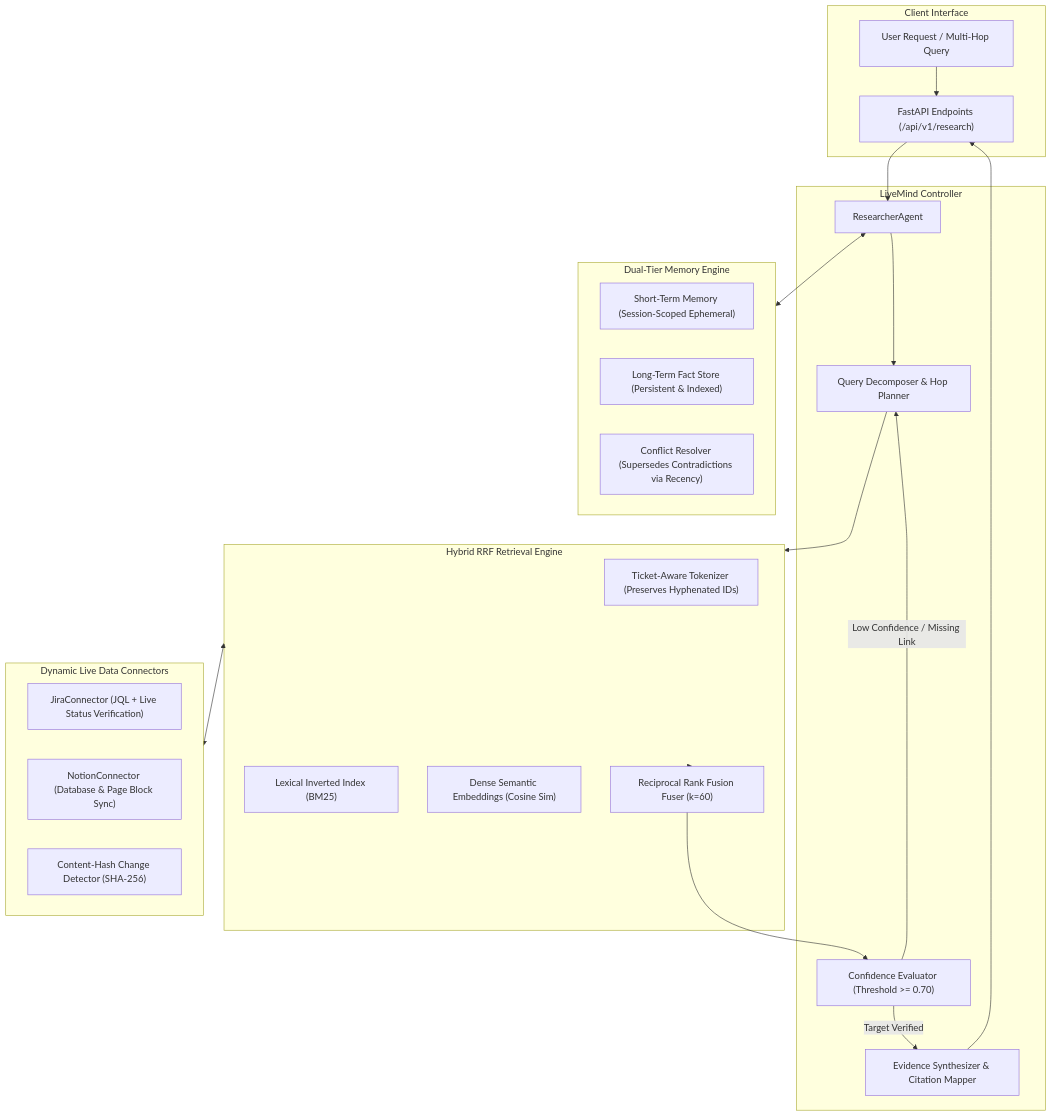
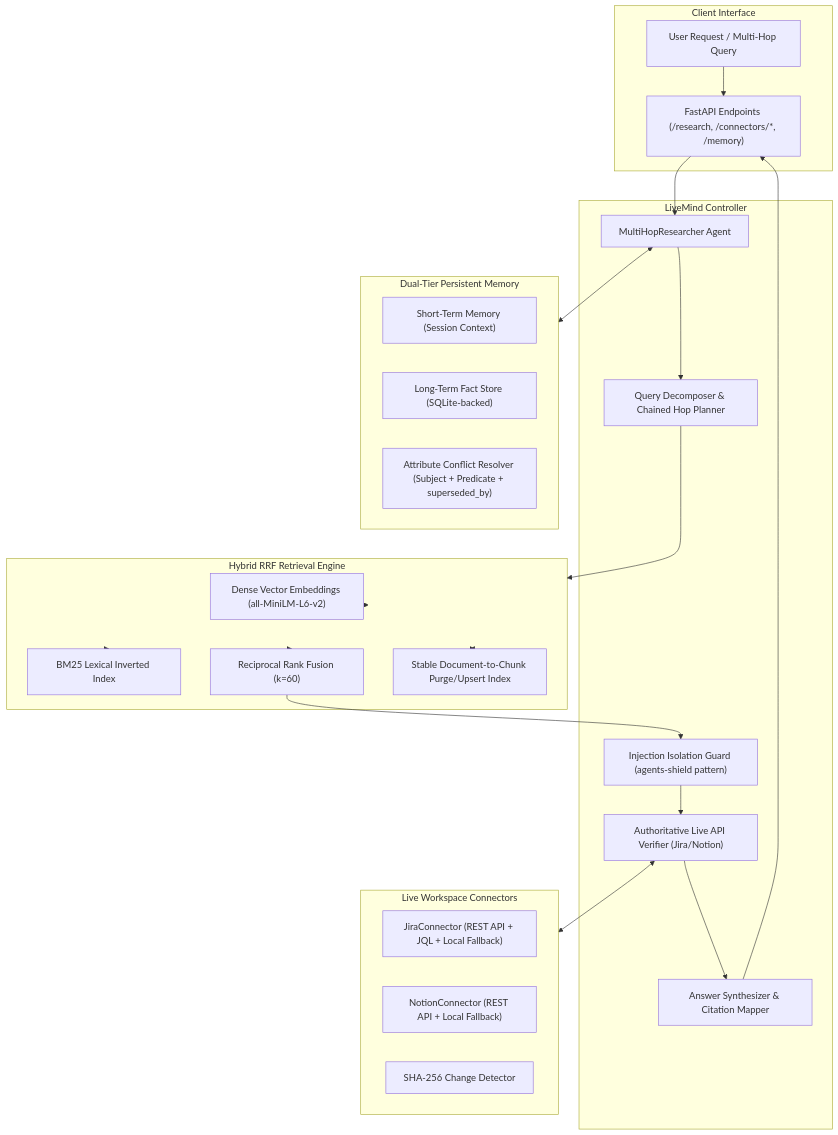
The diagram in README.md (PrathameshTawar/live-mind-), drawn with Mermaid before and after one commit. The commit also changed other lines of this file and 19 other files, not shown here.

Commit message:
fix: resolve stale data, memory conflict resolution, dense embeddings, and evaluation suite

````diff
--- a/README.md
+++ b/README.md
@@ -33,45 +35,49 @@
 ```mermaid
 flowchart TD
     subgraph Client["Client Interface"]
         REQ["User Request / Multi-Hop Query"]
-        API["FastAPI Endpoints (/api/v1/research)"]
+        API["FastAPI Endpoints (/research, /connectors/*, /memory)"]
     end
 
     subgraph Controller["LiveMind Controller"]
-        RA["ResearcherAgent"]
-        PLAN["Query Decomposer & Hop Planner"]
-        EVAL["Confidence Evaluator (Threshold >= 0.70)"]
-        SYNTH["Evidence Synthesizer & Citation Mapper"]
+        RA["MultiHopResearcher Agent"]
+        DEC["Query Decomposer & Chained Hop Planner"]
+        LIVE["Authoritative Live API Verifier (Jira/Notion)"]
+        SYNTH["Answer Synthesizer & Citation Mapper"]
+        INJ["Injection Isolation Guard (agents-shield pattern)"]
     end
 
-    subgraph Memory["Dual-Tier Memory Engine"]
-        STM["Short-Term Memory (Session-Scoped Ephemeral)"]
-        LTM["Long-Term Fact Store (Persistent & Indexed)"]
-        CR["Conflict Resolver (Supersedes Contradictions via Recency)"]
+    subgraph Memory["Dual-Tier Persistent Memory"]
+        STM["Short-Term Memory (Session Context)"]
+        LTM["Long-Term Fact Store (SQLite-backed)"]
+        CR["Attribute Conflict Resolver (Subject + Predicate + superseded_by)"]
     end
 
     subgraph Retrieval["Hybrid RRF Retrieval Engine"]
-        TOK["Ticket-Aware Tokenizer (Preserves Hyphenated IDs)"]
-        BM25["Lexical Inverted Index (BM25)"]
-        DENSE["Dense Semantic Embeddings (Cosine Sim)"]
-        RRF["Reciprocal Rank Fusion Fuser (k=60)"]
+        EMB["Dense Vector Embeddings (all-MiniLM-L6-v2)"]
+        BM25["BM25 Lexical Inverted Index"]
+        RRF["Reciprocal Rank Fusion (k=60)"]
+        INDEX["Stable Document-to-Chunk Purge/Upsert Index"]
     end
 
-    subgraph Connectors["Dynamic Live Data Connectors"]
-        JC["JiraConnector (JQL + Live Status Verification)"]
-        NC["NotionConnector (Database & Page Block Sync)"]
-        HASH["Content-Hash Change Detector (SHA-256)"]
+    subgraph Connectors["Live Workspace Connectors"]
+        JC["JiraConnector (REST API + JQL + Local Fallback)"]
+        NC["NotionConnector (REST API + Local Fallback)"]
+        HASH["SHA-256 Change Detector"]
     end
 
     REQ --> API
     API --> RA
     RA <--> Memory
-    RA --> PLAN
-    PLAN --> Retrieval
-    Retrieval <--> Connectors
+    RA --> DEC
+    DEC --> Retrieval
+    Retrieval <--> INDEX
+    Retrieval --> EMB
+    Retrieval --> BM25
     Retrieval --> RRF
-    RRF --> EVAL
-    EVAL -->|Low Confidence / Missing Link| PLAN
-    EVAL -->|Target Verified| SYNTH
+    RRF --> INJ
+    INJ --> LIVE
+    LIVE <--> Connectors
+    LIVE --> SYNTH
     SYNTH --> API
 ```
````
